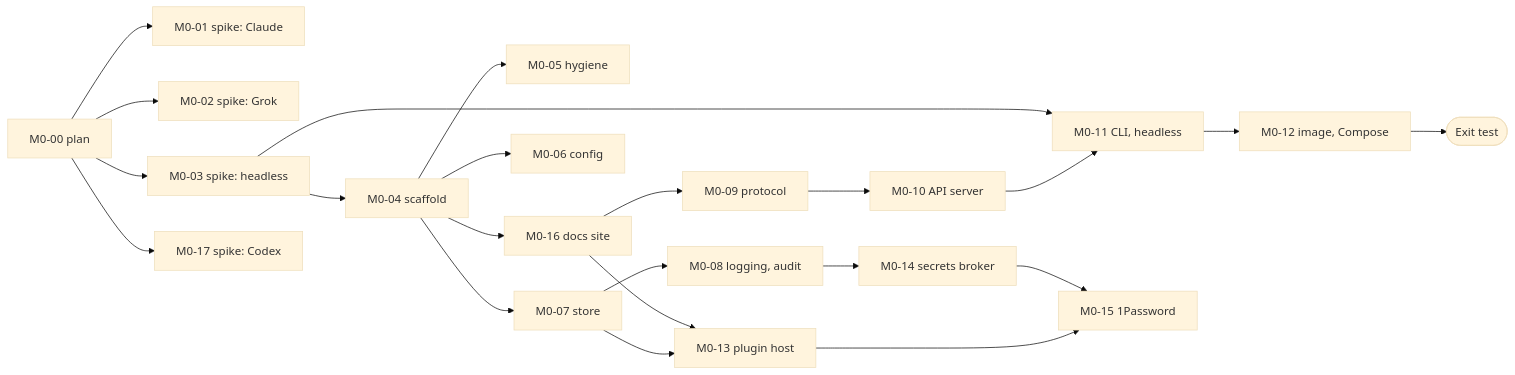
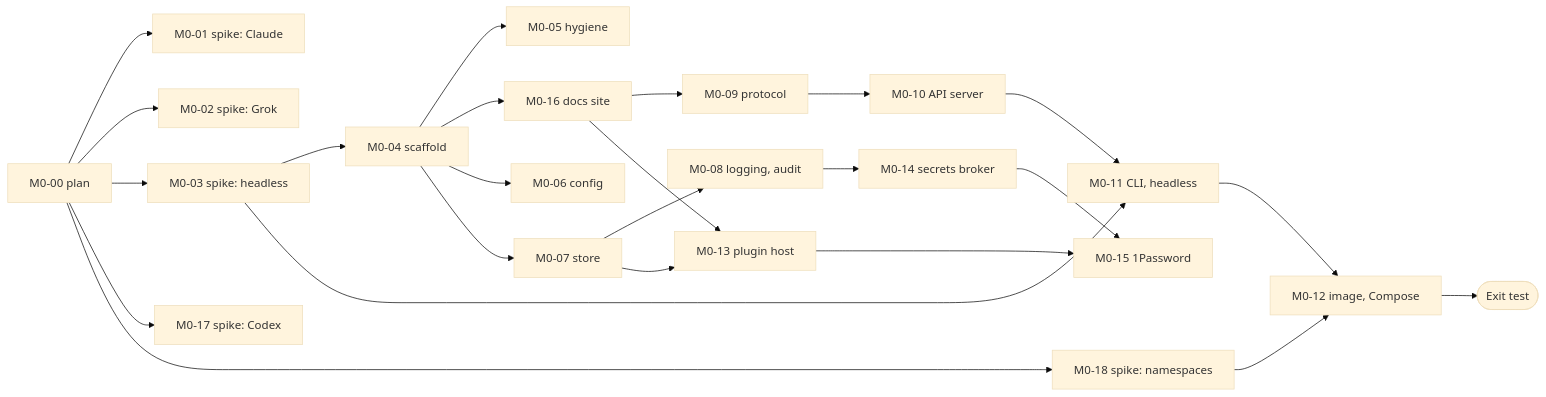
The diagram in docs/plan/milestones/M0-foundations.md (jcore9/Aphelion), drawn with Mermaid (base theme) before and after one commit. The commit also changed other lines of this file and 14 other files, not shown here.

````diff
--- a/docs/plan/milestones/M0-foundations.md
+++ b/docs/plan/milestones/M0-foundations.md
@@ -54,24 +55,26 @@
 ```mermaid
 flowchart LR
   m00["M0-00 plan"] --> s1["M0-01 spike: Claude"]
   m00 --> s2["M0-02 spike: Grok"]
   m00 --> s3["M0-03 spike: headless"]
   m00 --> s4["M0-17 spike: Codex"]
+  m00 --> s5["M0-18 spike: namespaces"]
+  s5 --> m12
   s3 --> m04["M0-04 scaffold"]
   m04 --> m05["M0-05 hygiene"]
   m04 --> m16["M0-16 docs site"]
   m04 --> m06["M0-06 config"]
   m04 --> m07["M0-07 store"]
   m07 --> m08["M0-08 logging, audit"]
   m16 --> m09["M0-09 protocol"]
   m09 --> m10["M0-10 API server"]
   m10 --> m11["M0-11 CLI, headless"]
   s3 --> m11
   m11 --> m12["M0-12 image, Compose"]
   m07 --> m13["M0-13 plugin host"]
   m16 --> m13
   m08 --> m14["M0-14 secrets broker"]
   m13 --> m15["M0-15 1Password"]
   m14 --> m15
   m12 --> exit(["Exit test"])
 ```
````
